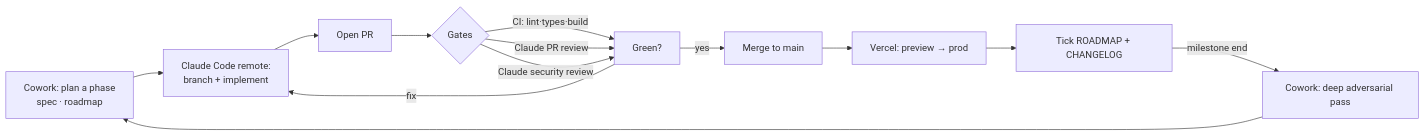
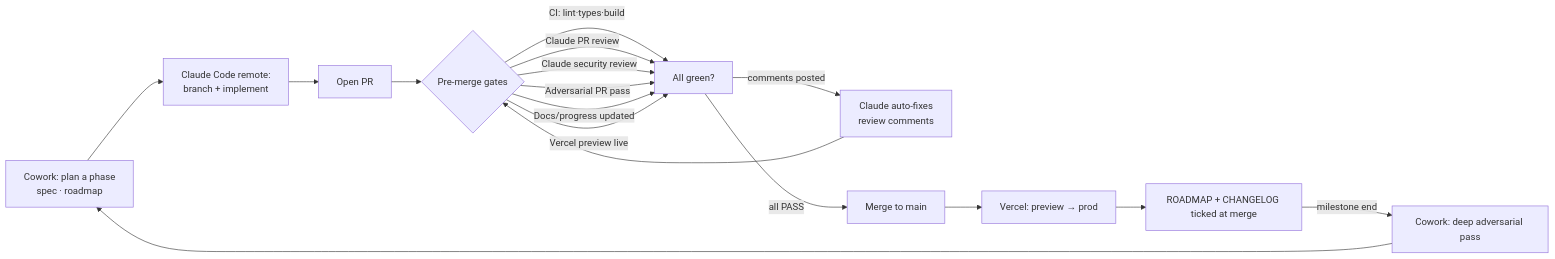
Before and after one commit to min-hinthar/mms-platform: the diagram in docs/WORKFLOW.md, drawn with Mermaid. The commit also changed other lines of this file and 1 other file, not shown here.

First line of the commit message:
docs: WORKFLOW + PR template — 6 pre-merge gates + auto-fix loop

````diff
--- a/docs/WORKFLOW.md
+++ b/docs/WORKFLOW.md
@@ -7,15 +7,19 @@
 ```mermaid
 flowchart LR
   A[Cowork: plan a phase<br/>spec · roadmap] --> B[Claude Code remote:<br/>branch + implement]
   B --> C[Open PR]
-  C --> D{Gates}
+  C --> D{Pre-merge gates}
   D -->|CI: lint·types·build| E
   D -->|Claude PR review| E
-  D -->|Claude security review| E[Green?]
-  E -->|fix| B
-  E -->|yes| F[Merge to main]
-  F --> G[Vercel: preview → prod]
-  G --> H[Tick ROADMAP + CHANGELOG]
-  H -->|milestone end| I[Cowork: deep adversarial pass]
-  I --> A
+  D -->|Claude security review| E
+  D -->|Adversarial PR pass| E
+  D -->|Docs/progress updated| E
+  D -->|Vercel preview live| E[All green?]
+  E -->|comments posted| F[Claude auto-fixes<br/>review comments]
+  F --> D
+  E -->|all PASS| G[Merge to main]
+  G --> H[Vercel: preview → prod]
+  H --> I[ROADMAP + CHANGELOG ticked at merge]
+  I -->|milestone end| J[Cowork: deep adversarial pass]
+  J --> A
 ```
````
